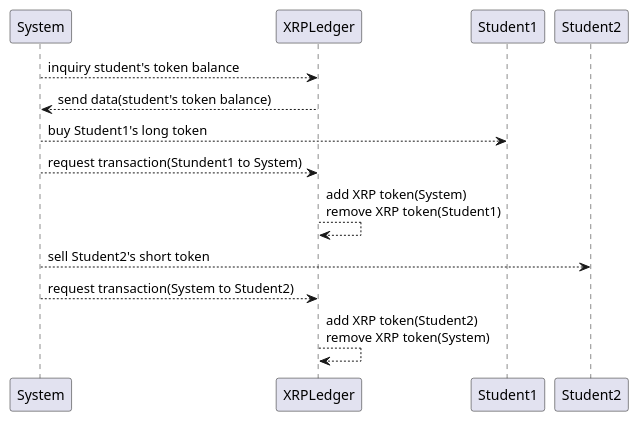
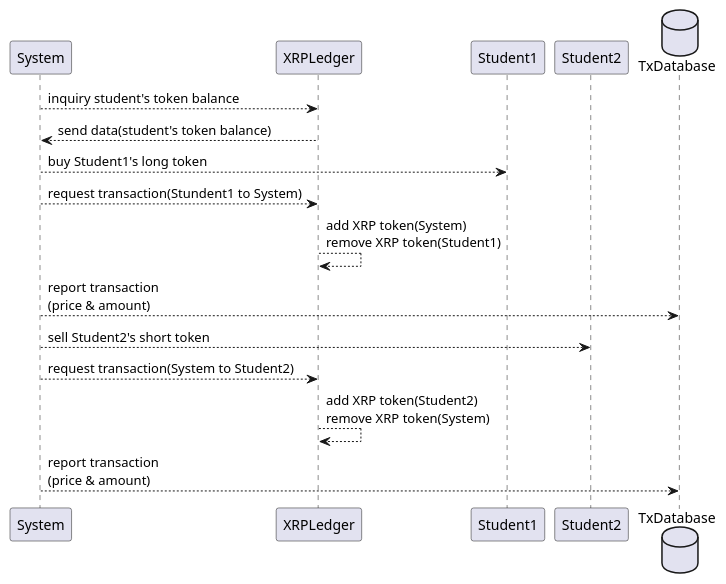
The diagram in Seq08_AdjustmentToken.plantuml (KyotoUniv-SIC/electoric-power-exchange), drawn with PlantUML before and after one commit. The commit also changed 6 other files, not shown here.

```diff
--- a/Seq08_AdjustmentToken.plantuml
+++ b/Seq08_AdjustmentToken.plantuml
@@ -1,15 +1,18 @@
 @startuml sequence
 participant System   as sys
 participant XRPLedger as xl
 participant Student1 as st1
 participant Student2 as st2
+database TxDatabase as db2
 
 sys --> xl : inquiry student's token balance
 xl --> sys : send data(student's token balance)
 sys --> st1 : buy Student1's long token 
 sys --> xl : request transaction(Stundent1 to System)
 xl --> xl : add XRP token(System)\nremove XRP token(Student1)
+sys --> db2 : report transaction\n(price & amount) 
 sys --> st2 : sell Student2's short token 
 sys --> xl : request transaction(System to Student2)
 xl --> xl : add XRP token(Student2)\nremove XRP token(System)
+sys --> db2 : report transaction\n(price & amount)
 @enduml
```
